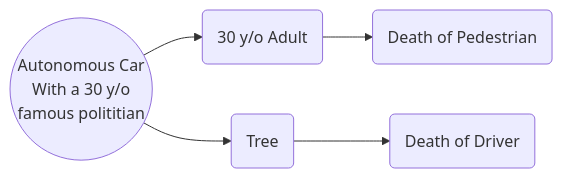
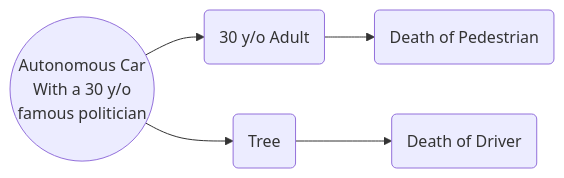
The fourth of 5 diagrams in _casestudy/10_activity.md (Grig84/ethics_fall2025), drawn with Mermaid before and after one commit. The commit also changed other lines of this file and 8 other files, not shown here.

````diff
--- a/_casestudy/10_activity.md
+++ b/_casestudy/10_activity.md
@@ -45,7 +45,7 @@
 ```mermaid
 graph LR
-0((Autonomous Car<br/>With a 30 y/o<br/>famous polititian)) --> 1(30 y/o Adult);
+0((Autonomous Car<br/>With a 30 y/o<br/>famous politician)) --> 1(30 y/o Adult);
 1 --> 4(Death of Pedestrian);
 0 --> 2(Tree);
 2 --> 3(Death of Driver);
 ```
````
